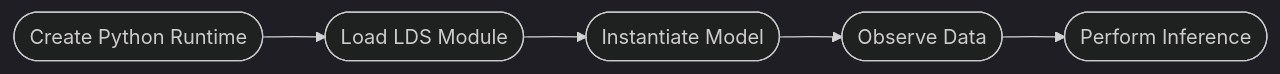
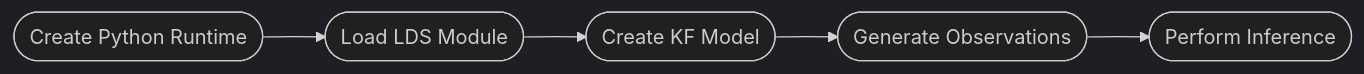
Before and after one commit to bonsai-rx/machinelearning: the diagram in docs/articles/LinearDynamicalSystems/lds-getting-started.md, drawn with Mermaid (dark theme). The commit also changed other lines of this file, not shown here.

````diff
--- a/docs/articles/LinearDynamicalSystems/lds-getting-started.md
+++ b/docs/articles/LinearDynamicalSystems/lds-getting-started.md
@@ -35,16 +35,16 @@
 ```mermaid
 
 flowchart LR
 
     A(["Create Python Runtime"])
     B(["Load LDS Module"])
-    C(["Instantiate Model"])
-    D(["Observe Data"])
+    C(["Create KF Model"])
+    D(["Generate Observations"])
     E(["Perform Inference"])
 
     A --> B
     B --> C
     C --> D
     D --> E
 
 ```
````
